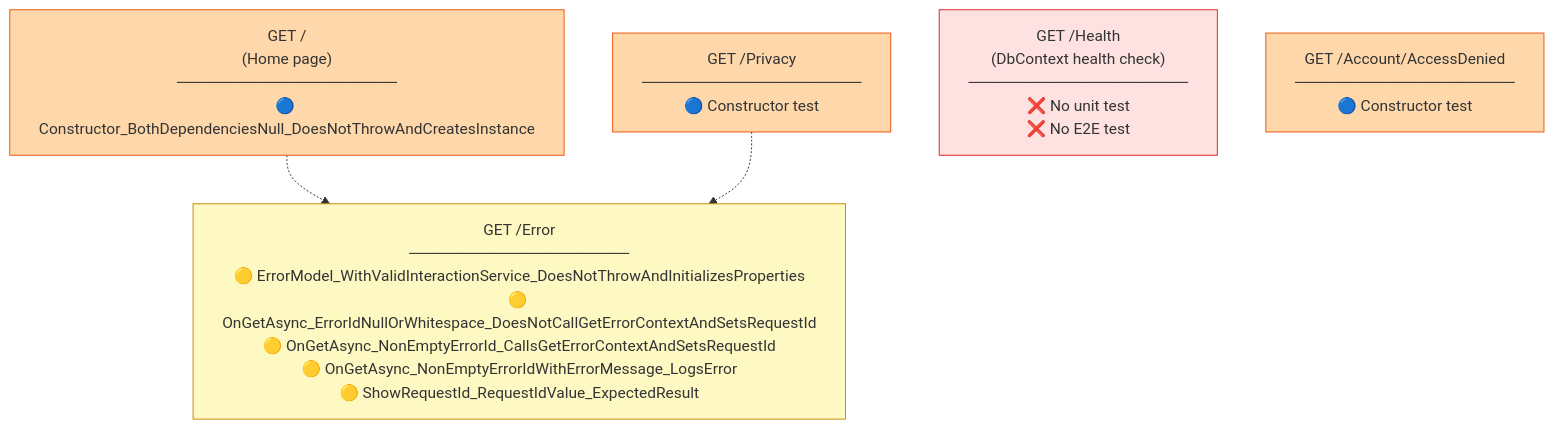
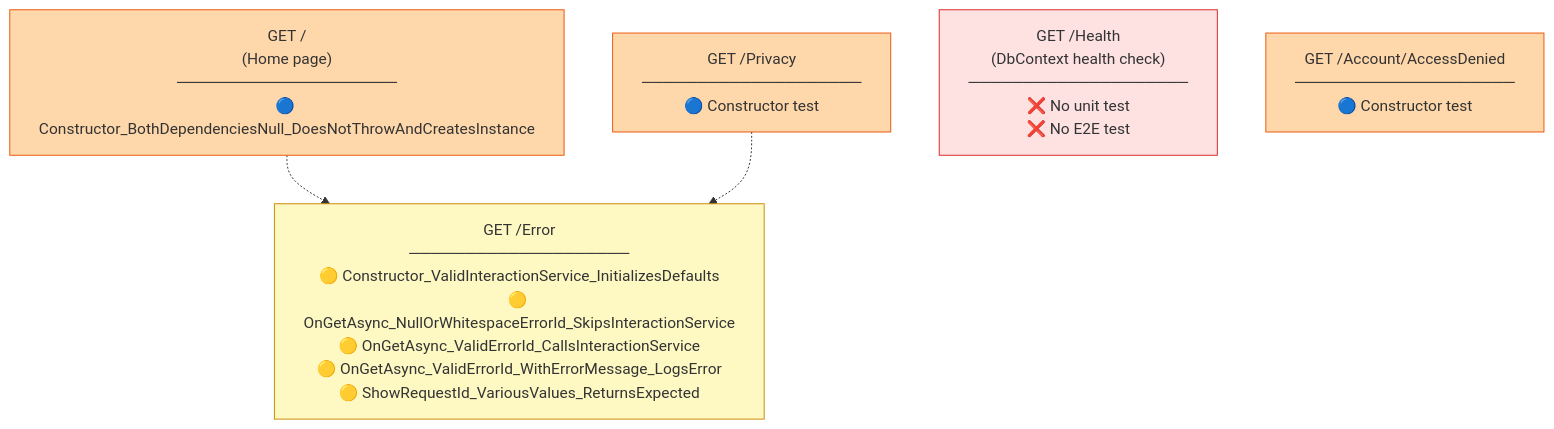
Before and after one commit to crgolden/Identity: diagram 15 of 16 in TESTING.md, drawn with Mermaid. The commit also changed other lines of this file and 54 other files, not shown here.

````diff
--- a/TESTING.md
+++ b/TESTING.md
@@ -1030,19 +1030,19 @@
 ```mermaid
 flowchart TD
     classDef unitOnly fill:#fef9c3,stroke:#ca8a04
     classDef partial fill:#fed7aa,stroke:#ea580c
     classDef noTest fill:#fee2e2,stroke:#dc2626
 
     IndexPage["GET /\n(Home page)\n────────────────────\n🔵 Constructor_BothDependenciesNull_DoesNotThrowAndCreatesInstance"]:::partial
 
     PrivacyPage["GET /Privacy\n────────────────────\n🔵 Constructor test"]:::partial
 
-    ErrorPage["GET /Error\n────────────────────\n🟡 ErrorModel_WithValidInteractionService_DoesNotThrowAndInitializesProperties\n🟡 OnGetAsync_ErrorIdNullOrWhitespace_DoesNotCallGetErrorContextAndSetsRequestId\n🟡 OnGetAsync_NonEmptyErrorId_CallsGetErrorContextAndSetsRequestId\n🟡 OnGetAsync_NonEmptyErrorIdWithErrorMessage_LogsError\n🟡 ShowRequestId_RequestIdValue_ExpectedResult"]:::unitOnly
+    ErrorPage["GET /Error\n────────────────────\n🟡 Constructor_ValidInteractionService_InitializesDefaults\n🟡 OnGetAsync_NullOrWhitespaceErrorId_SkipsInteractionService\n🟡 OnGetAsync_ValidErrorId_CallsInteractionService\n🟡 OnGetAsync_ValidErrorId_WithErrorMessage_LogsError\n🟡 ShowRequestId_VariousValues_ReturnsExpected"]:::unitOnly
 
     HealthEndpoint["GET /Health\n(DbContext health check)\n────────────────────\n❌ No unit test\n❌ No E2E test"]:::noTest
 
     AccessDeniedPage["GET /Account/AccessDenied\n────────────────────\n🔵 Constructor test"]:::partial
 
     IndexPage -.-> ErrorPage
     PrivacyPage -.-> ErrorPage
 ```
````
